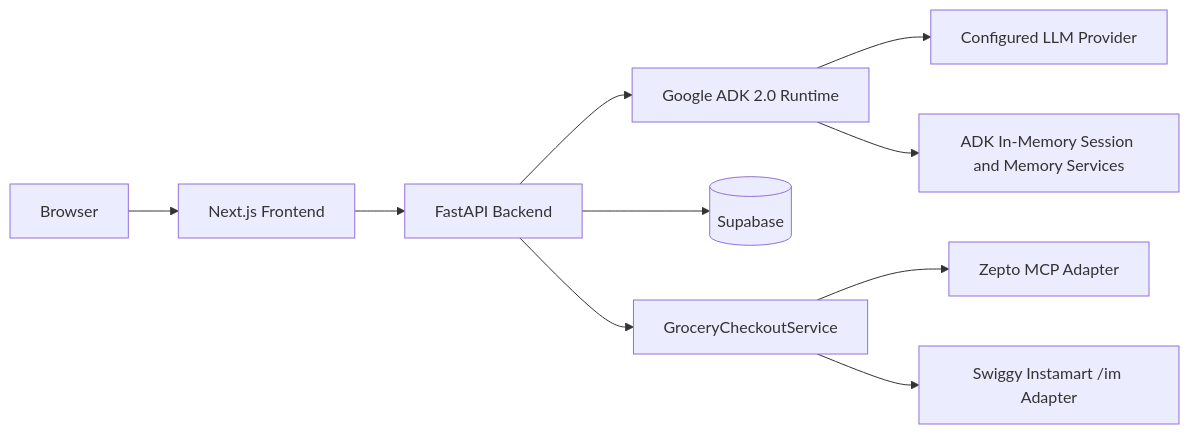
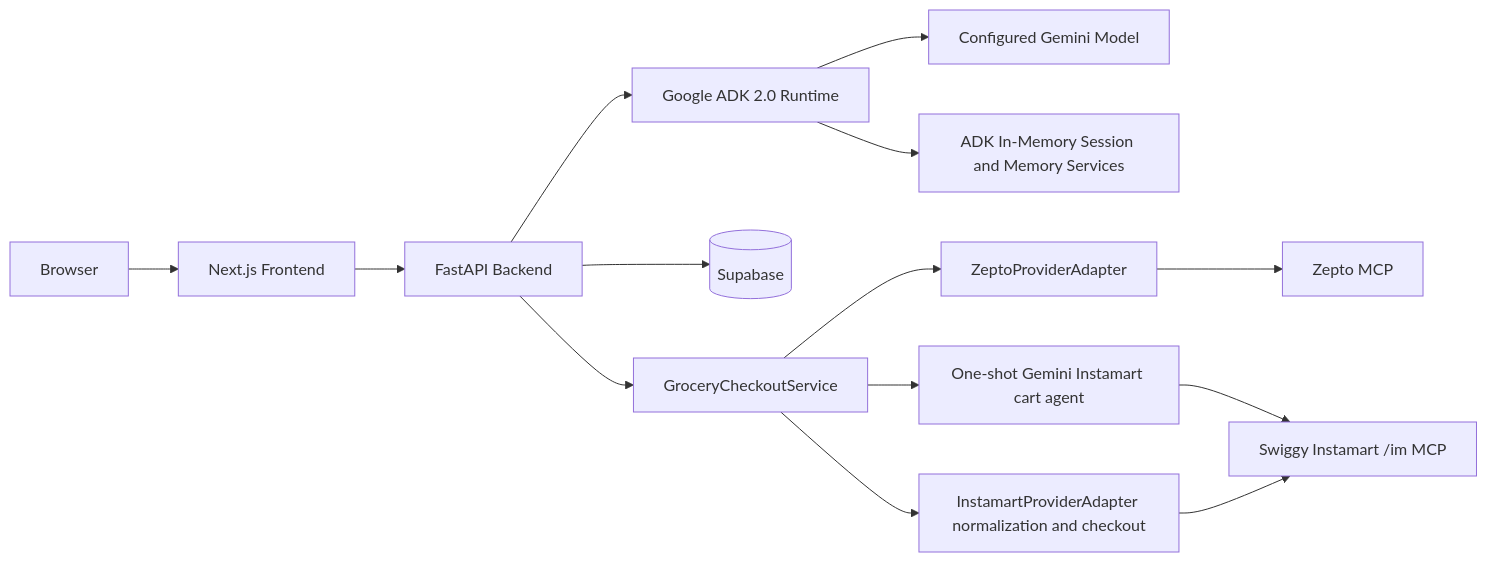
One commit to architworks/meal_and_grocery_agent changed the diagram in docs/current_technology_stack.md. Above: the diagram before and after it, drawn with Mermaid. The commit also changed other lines of this file and 7 other files, not shown here.

First line of the commit message:
[docs] Clarify system and AI architecture documentation

````diff
--- a/docs/current_technology_stack.md
+++ b/docs/current_technology_stack.md
@@ -22,12 +23,16 @@
 ```mermaid
 flowchart LR
     Browser[Browser] --> Next[Next.js Frontend]
     Next --> FastAPI[FastAPI Backend]
     FastAPI --> ADK[Google ADK 2.0 Runtime]
-    ADK --> LLM[Configured LLM Provider]
+    ADK --> LLM[Configured Gemini Model]
     FastAPI --> Supabase[(Supabase)]
     ADK --> Memory[ADK In-Memory Session and Memory Services]
     FastAPI --> Checkout[GroceryCheckoutService]
-    Checkout --> Zepto[Zepto MCP Adapter]
-    Checkout --> Instamart[Swiggy Instamart /im Adapter]
+    Checkout --> Zepto[ZeptoProviderAdapter]
+    Zepto --> ZeptoMCP[Zepto MCP]
+    Checkout --> InstamartAgent[One-shot Gemini Instamart cart agent]
+    InstamartAgent --> InstamartMCP[Swiggy Instamart /im MCP]
+    Checkout --> InstamartAdapter[InstamartProviderAdapter normalization and checkout]
+    InstamartAdapter --> InstamartMCP
 ```
````
